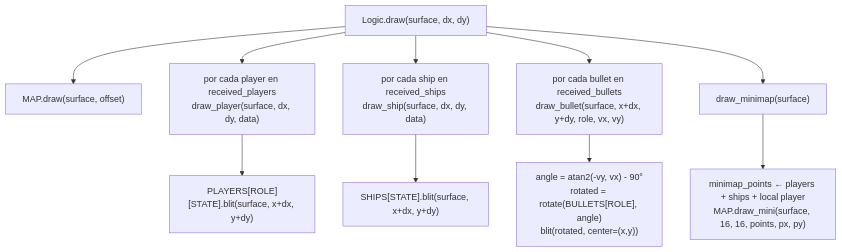
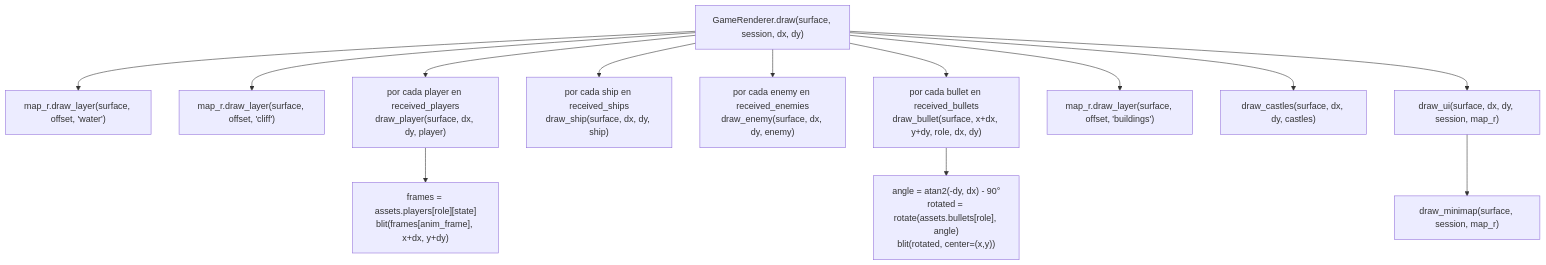
One commit to Aouei/pygame_multi changed the seventh of 7 diagrams in docs/diagramas/server-client.md. Above: the diagram before and after it, drawn with Mermaid. The commit also changed other lines of this file and 3 other files, not shown here.

````diff
--- a/docs/diagramas/server-client.md
+++ b/docs/diagramas/server-client.md
@@ -160,17 +194,17 @@
 ```mermaid
 flowchart TD
-    DR["Logic.draw(surface, dx, dy)"]
-    DR --> M["MAP.draw(surface, offset)"]
-    DR --> P["por cada player en received_players\ndraw_player(surface, dx, dy, data)"]
-    DR --> SH["por cada ship en received_ships\ndraw_ship(surface, dx, dy, data)"]
-    DR --> BU["por cada bullet en received_bullets\ndraw_bullet(surface, x+dx, y+dy, role, vx, vy)"]
-    DR --> MM["draw_minimap(surface)"]
+    DR["GameRenderer.draw(surface, session, dx, dy)"]
+    DR --> M1["map_r.draw_layer(surface, offset, 'water')"]
+    DR --> M2["map_r.draw_layer(surface, offset, 'cliff')"]
+    DR --> P["por cada player en received_players\ndraw_player(surface, dx, dy, player)"]
+    DR --> SH["por cada ship en received_ships\ndraw_ship(surface, dx, dy, ship)"]
+    DR --> EN["por cada enemy en received_enemies\ndraw_enemy(surface, dx, dy, enemy)"]
+    DR --> BU["por cada bullet en received_bullets\ndraw_bullet(surface, x+dx, y+dy, role, dx, dy)"]
+    DR --> M3["map_r.draw_layer(surface, offset, 'buildings')"]
+    DR --> CA["draw_castles(surface, dx, dy, castles)"]
+    DR --> UI["draw_ui(surface, dx, dy, session, map_r)"]
 
-    P --> P1["PLAYERS[ROLE][STATE].blit(surface, x+dx, y+dy)"]
-
-    SH --> SH1["SHIPS[STATE].blit(surface, x+dx, y+dy)"]
-
-    BU --> BU1["angle = atan2(-vy, vx) - 90°\nrotated = rotate(BULLETS[ROLE], angle)\nblit(rotated, center=(x,y))"]
-
-    MM --> MM1["minimap_points ← players + ships + local player\nMAP.draw_mini(surface, 16, 16, points, px, py)"]
+    P --> P1["frames = assets.players[role][state]\nblit(frames[anim_frame], x+dx, y+dy)"]
+    BU --> BU1["angle = atan2(-dy, dx) - 90°\nrotated = rotate(assets.bullets[role], angle)\nblit(rotated, center=(x,y))"]
+    UI --> MM["draw_minimap(surface, session, map_r)"]
 ```
````
